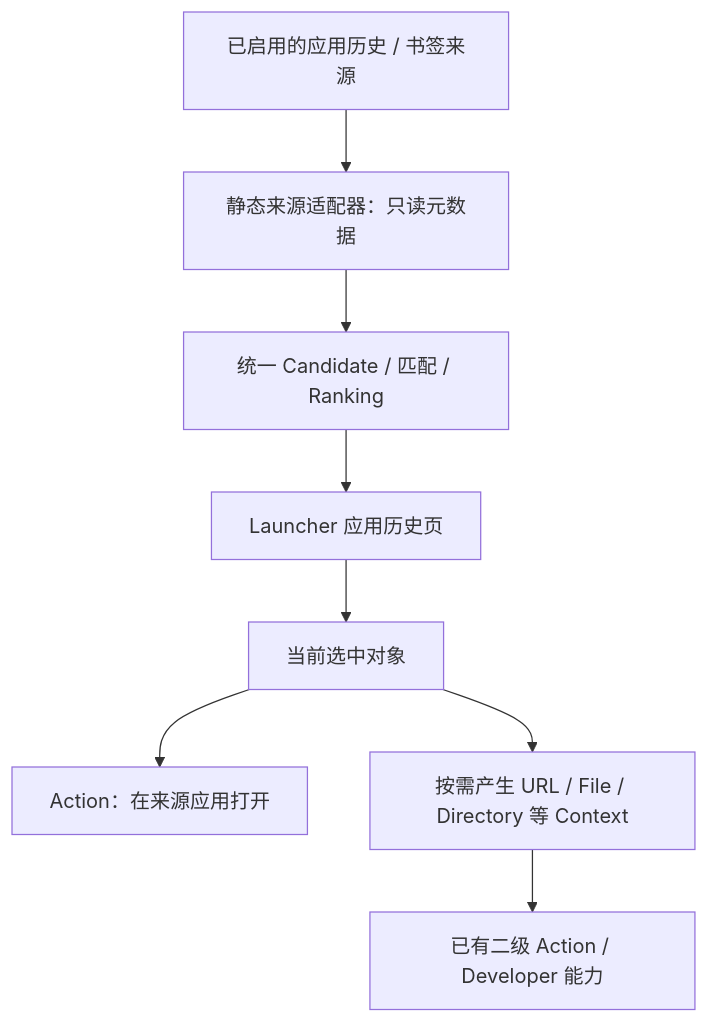
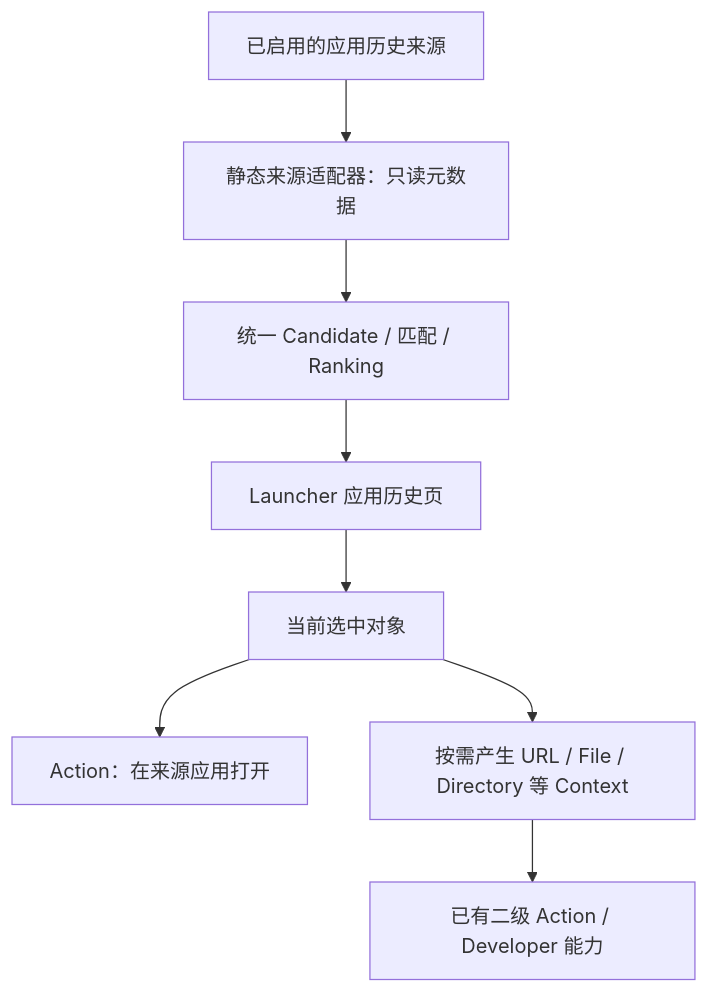
One commit to FantasyDream/Anywhere changed the diagram in docs/application-history.md. Above: the diagram before and after it, drawn with Mermaid. The commit also changed other lines of this file and 8 other files, not shown here.

````diff
--- a/docs/application-history.md
+++ b/docs/application-history.md
@@ -36,10 +37,10 @@
 ```mermaid
 flowchart TD
-    Sources[已启用的应用历史 / 书签来源] --> Adapters[静态来源适配器：只读元数据]
+    Sources[已启用的应用历史来源] --> Adapters[静态来源适配器：只读元数据]
     Adapters --> Search[统一 Candidate / 匹配 / Ranking]
     Search --> Page[Launcher 应用历史页]
     Page --> Selected[当前选中对象]
     Selected --> Open[Action：在来源应用打开]
     Selected --> Context[按需产生 URL / File / Directory 等 Context]
     Context --> Actions[已有二级 Action / Developer 能力]
 ```
````
